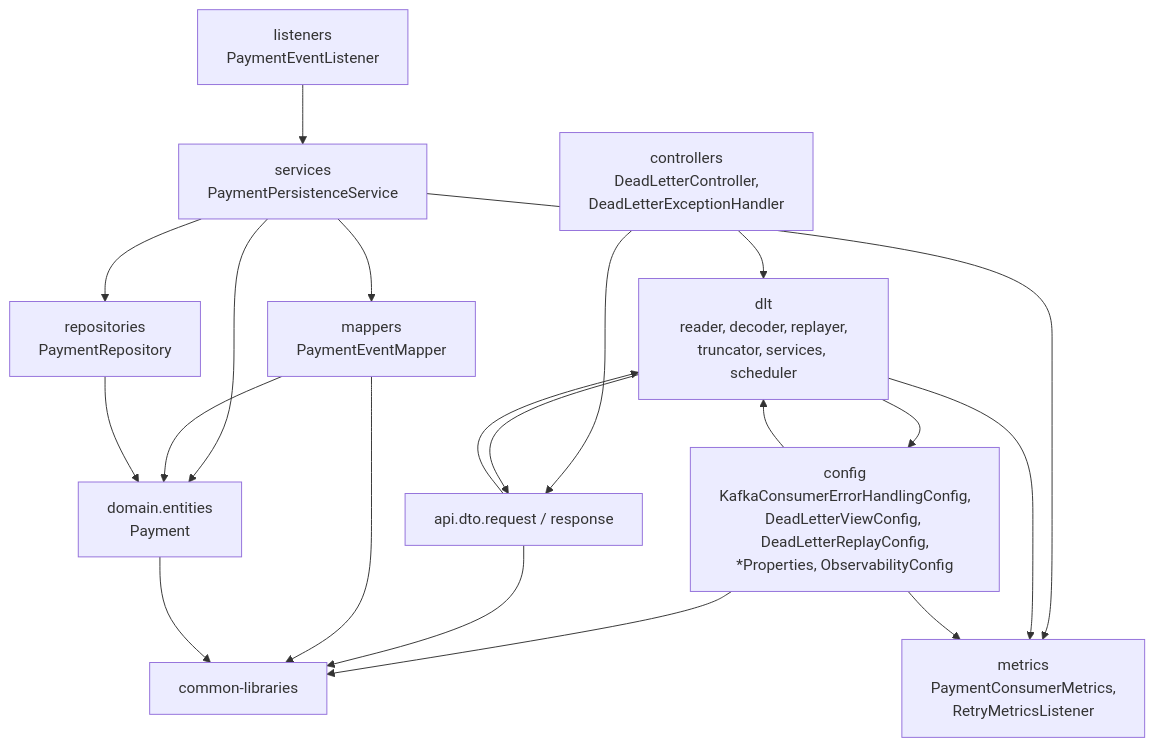
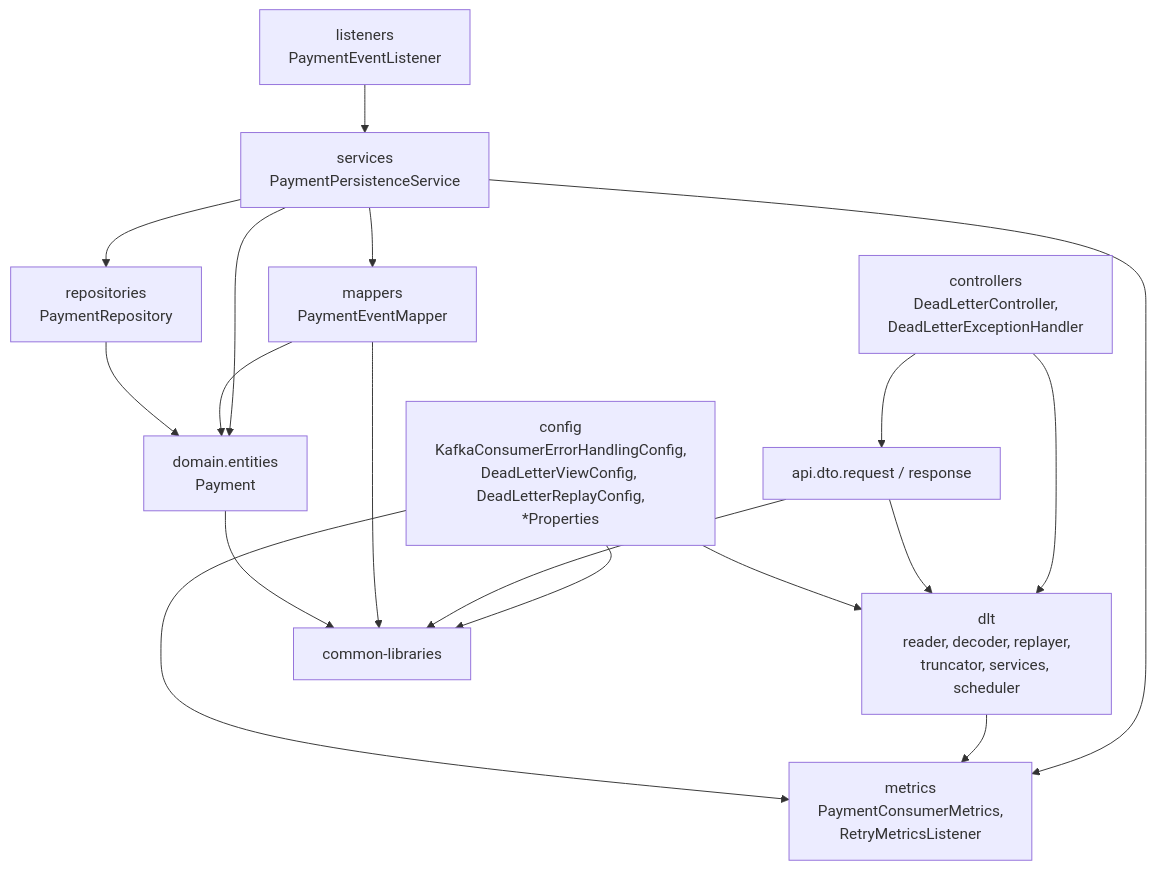
One commit to joaoPBessa/spring-kafka-payment-processor changed the fourth of 6 diagrams in .cartographer/MAP.md. Above: the diagram before and after it, drawn with Mermaid. The commit also changed other lines of this file and 1 other file, not shown here.

First line of the commit message:
docs: record the architecture rules and refresh the map

````diff
--- a/.cartographer/MAP.md
+++ b/.cartographer/MAP.md
@@ -130,34 +129,32 @@
 ```mermaid
 flowchart TD
   listeners["listeners<br/>PaymentEventListener"]
   services["services<br/>PaymentPersistenceService"]
   mappers["mappers<br/>PaymentEventMapper"]
   repositories["repositories<br/>PaymentRepository"]
   entities["domain.entities<br/>Payment"]
   controllers["controllers<br/>DeadLetterController,<br/>DeadLetterExceptionHandler"]
   dto["api.dto.request / response"]
   dlt["dlt<br/>reader, decoder, replayer,<br/>truncator, services, scheduler"]
-  config["config<br/>KafkaConsumerErrorHandlingConfig,<br/>DeadLetterViewConfig, DeadLetterReplayConfig,<br/>*Properties, ObservabilityConfig"]
+  config["config<br/>KafkaConsumerErrorHandlingConfig,<br/>DeadLetterViewConfig, DeadLetterReplayConfig,<br/>*Properties"]
   metrics["metrics<br/>PaymentConsumerMetrics,<br/>RetryMetricsListener"]
   common["common-libraries"]
 
   listeners --> services
   services --> mappers
   services --> repositories
   services --> entities
   services --> metrics
   mappers --> entities
   repositories --> entities
   controllers --> dlt
   controllers --> dto
-  dlt --> dto
   dlt --> metrics
-  dlt --> config
   dto --> dlt
   config --> dlt
   config --> metrics
   config --> common
   dto --> common
   mappers --> common
   entities --> common
 ```
````
